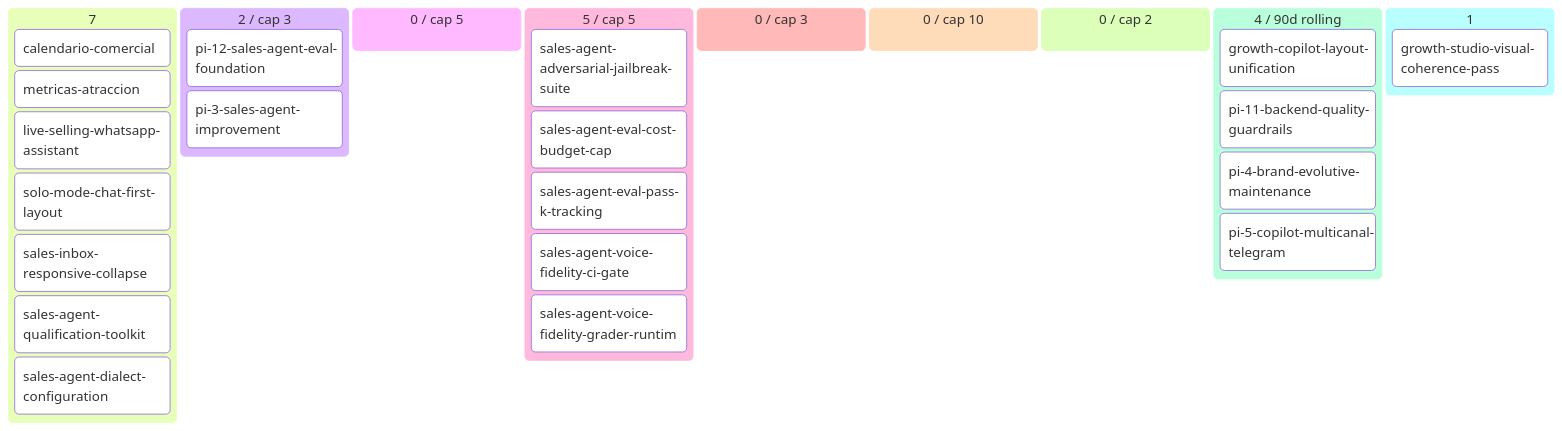
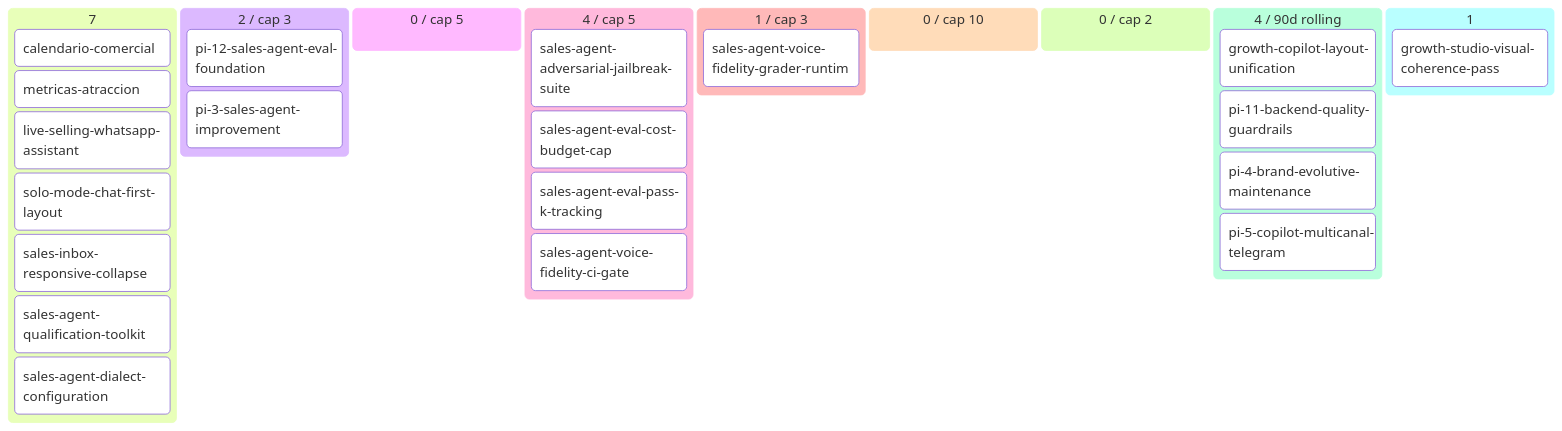
Before and after one commit to alpacapurpura/ap_sales_agent: the diagram in docs/product/BACKLOG.md, drawn with Mermaid. The commit also changed other lines of this file and 4 other files, not shown here.

````diff
--- a/docs/product/BACKLOG.md
+++ b/docs/product/BACKLOG.md
@@ -58,31 +57,31 @@
 ```mermaid
 kanban
   💡 Ideas (7)
     calendario-comercial[calendario-comercial]
     metricas-atraccion[metricas-atraccion]
     live-selling-whatsapp-assistan[live-selling-whatsapp-assistant]
     solo-mode-chat-first-layout[solo-mode-chat-first-layout]
     sales-inbox-responsive-collaps[sales-inbox-responsive-collapse]
     sales-agent-qualification-tool[sales-agent-qualification-toolkit]
     sales-agent-dialect-configurat[sales-agent-dialect-configuration]
   🔬 Refining (2 / cap 3)
     pi-12-sales-agent-eval-foundat[pi-12-sales-agent-eval-foundation]
     pi-3-sales-agent-improvement[pi-3-sales-agent-improvement]
   ✅ Refined (0 / cap 5)
-  📦 Ready (5 / cap 5)
+  📦 Ready (4 / cap 5)
     sales-agent-adversarial-jailbr[sales-agent-adversarial-jailbreak-suite]
     sales-agent-eval-cost-budget-c[sales-agent-eval-cost-budget-cap]
     sales-agent-eval-pass-k-tracki[sales-agent-eval-pass-k-tracking]
     sales-agent-voice-fidelity-ci-[sales-agent-voice-fidelity-ci-gate]
+  🔨 Developing (1 / cap 3)
     sales-agent-voice-fidelity-gra[sales-agent-voice-fidelity-grader-runtim]
-  🔨 Developing (0 / cap 3)
   🧪 Developed (0 / cap 10)
   🔍 Reviewing (0 / cap 2)
   ✅ Done (4 / 90d rolling)
     growth-copilot-layout-unificat[growth-copilot-layout-unification]
     pi-11-backend-quality-guardrai[pi-11-backend-quality-guardrails]
     pi-4-brand-evolutive-maintenan[pi-4-brand-evolutive-maintenance]
     pi-5-copilot-multicanal-telegr[pi-5-copilot-multicanal-telegram]
   🅿 Parked (1)
     growth-studio-visual-coherence[growth-studio-visual-coherence-pass]
 ```
````
